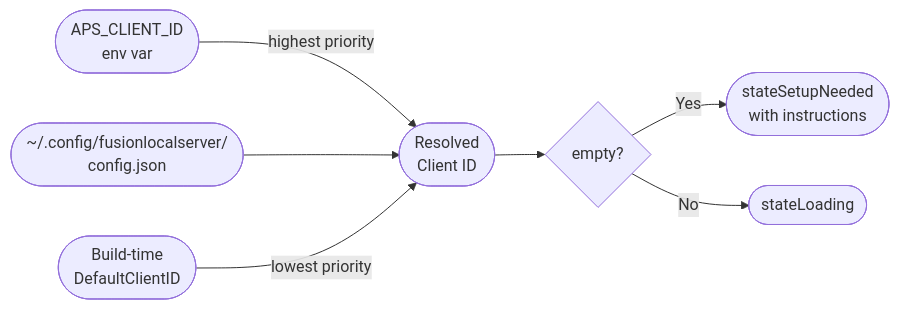
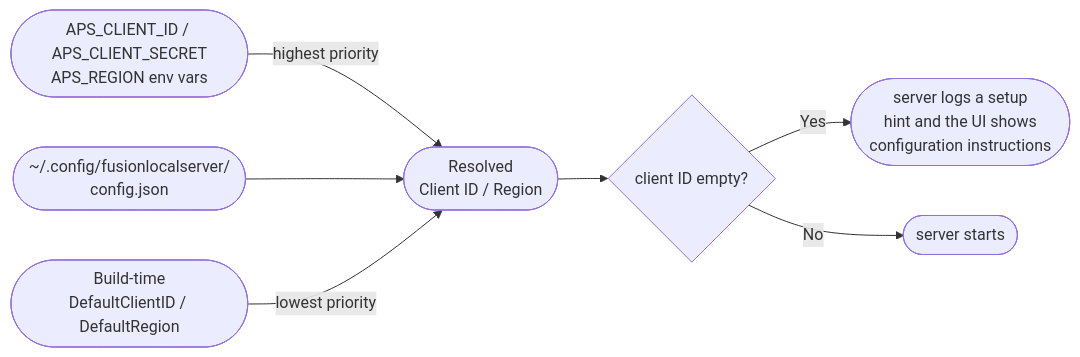
One commit to schneik80/fusionlocalserver changed the first of 3 diagrams in docs/development.md. Above: the diagram before and after it, drawn with Mermaid. The commit also changed other lines of this file and 13 other files, not shown here.

````diff
--- a/docs/development.md
+++ b/docs/development.md
@@ -66,9 +77,9 @@
 ```mermaid
 flowchart LR
-    A([APS_CLIENT_ID\nenv var]) -- "highest priority" --> R([Resolved\nClient ID])
+    A([APS_CLIENT_ID / APS_CLIENT_SECRET\nAPS_REGION env vars]) -- "highest priority" --> R([Resolved\nClient ID / Region])
     B([~/.config/fusionlocalserver/\nconfig.json]) --> R
-    C([Build-time\nDefaultClientID]) -- "lowest priority" --> R
-    R --> D{empty?}
-    D -- Yes --> E([stateSetupNeeded\nwith instructions])
-    D -- No --> F([stateLoading])
+    C([Build-time\nDefaultClientID / DefaultRegion]) -- "lowest priority" --> R
+    R --> D{client ID empty?}
+    D -- Yes --> E([server logs a setup\nhint and the UI shows\nconfiguration instructions])
+    D -- No --> F([server starts])
 ```
````
